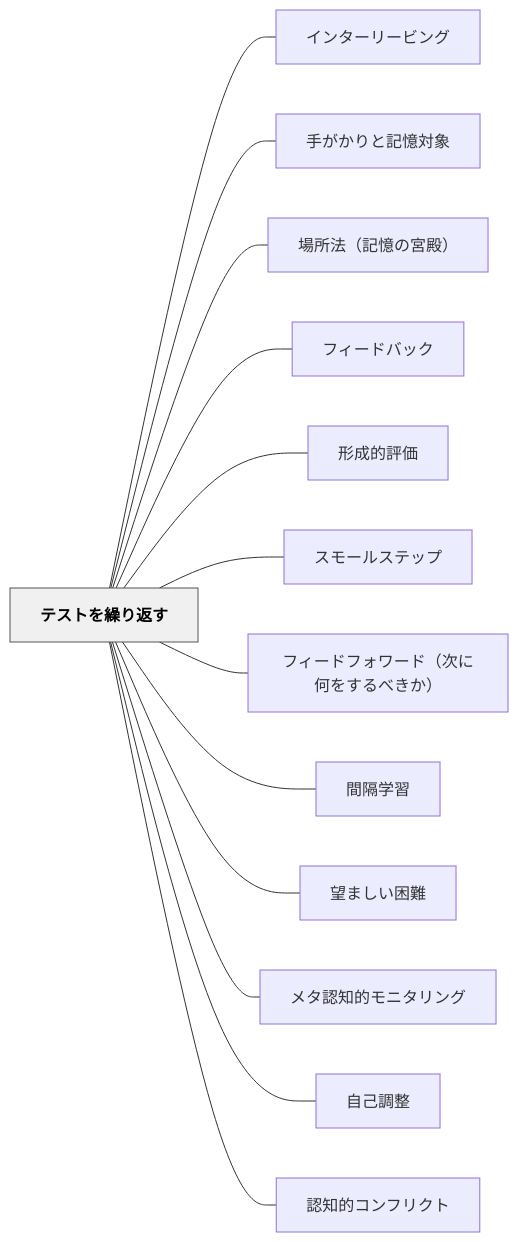
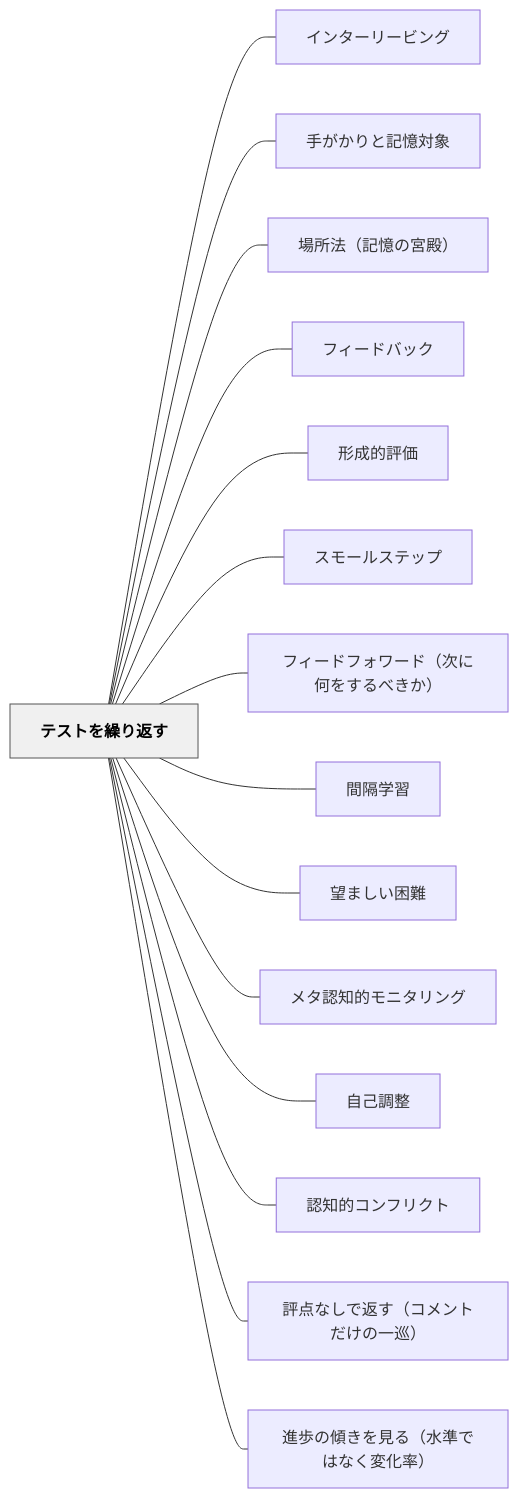
One commit to unknownthings-ed-patterns/unknownthings-ed-patterns changed the diagram in content/パタン/テストを繰り返す.md. Above: the diagram before and after it, drawn with Mermaid. The commit also changed other lines of this file and 2 other files, not shown here.

````diff
--- a/content/パタン/テストを繰り返す.md
+++ b/content/パタン/テストを繰り返す.md
@@ -90,32 +116,36 @@
 ```mermaid
 flowchart LR
     ne38386e382b9e38388e38292e7b9b0e3828ae8bf94e38199["テストを繰り返す"]
     ne382a4e383b3e382bfe383bce383aae383bce38393e383b3e382b0["インターリービング"]
     ne6898be3818ce3818be3828ae381a8e8a898e686b6e5afbee8b1a1["手がかりと記憶対象"]
     ne5a0b4e68980e6b395efbc88e8a898e686b6e381aee5aeaee6aebfefbc89["場所法（記憶の宮殿）"]
     ne38395e382a3e383bce38389e38390e38383e382af["フィードバック"]
     ne5bda2e68890e79a84e8a995e4bea1["形成的評価"]
     ne382b9e383a2e383bce383abe382b9e38386e38383e38397["スモールステップ"]
     ne38395e382a3e383bce38389e38395e382a9e383afe383bce38389efbc88e6aca1e381abe4bd95e38292e38199e3828be381b9e3818de3818befbc89["フィードフォワード（次に何をするべきか）"]
     ne99693e99a94e5ada6e7bf92["間隔学習"]
     ne69c9be381bee38197e38184e59bb0e99ba3["望ましい困難"]
     ne383a1e382bfe8aa8de79fa5e79a84e383a2e3838be382bfe383aae383b3e382b0["メタ認知的モニタリング"]
     ne887aae5b7b1e8aabfe695b4["自己調整"]
     ne8aa8de79fa5e79a84e382b3e383b3e38395e383aae382afe38388["認知的コンフリクト"]
+    ne8a995e782b9e381aae38197e381a7e8bf94e38199efbc88e382b3e383a1e383b3e38388e381a0e38191e381aee4b880e5b7a1efbc89["評点なしで返す（コメントだけの一巡）"]
+    ne980b2e6ada9e381aee582bee3818de38292e8a68be3828befbc88e6b0b4e6ba96e381a7e381afe381aae3818fe5a489e58c96e78e87efbc89["進歩の傾きを見る（水準ではなく変化率）"]
 
     ne38386e382b9e38388e38292e7b9b0e3828ae8bf94e38199 --- ne382a4e383b3e382bfe383bce383aae383bce38393e383b3e382b0
     ne38386e382b9e38388e38292e7b9b0e3828ae8bf94e38199 --- ne6898be3818ce3818be3828ae381a8e8a898e686b6e5afbee8b1a1
     ne38386e382b9e38388e38292e7b9b0e3828ae8bf94e38199 --- ne5a0b4e68980e6b395efbc88e8a898e686b6e381aee5aeaee6aebfefbc89
     ne38386e382b9e38388e38292e7b9b0e3828ae8bf94e38199 --- ne38395e382a3e383bce38389e38390e38383e382af
     ne38386e382b9e38388e38292e7b9b0e3828ae8bf94e38199 --- ne5bda2e68890e79a84e8a995e4bea1
     ne38386e382b9e38388e38292e7b9b0e3828ae8bf94e38199 --- ne382b9e383a2e383bce383abe382b9e38386e38383e38397
     ne38386e382b9e38388e38292e7b9b0e3828ae8bf94e38199 --- ne38395e382a3e383bce38389e38395e382a9e383afe383bce38389efbc88e6aca1e381abe4bd95e38292e38199e3828be381b9e3818de3818befbc89
     ne38386e382b9e38388e38292e7b9b0e3828ae8bf94e38199 --- ne99693e99a94e5ada6e7bf92
     ne38386e382b9e38388e38292e7b9b0e3828ae8bf94e38199 --- ne69c9be381bee38197e38184e59bb0e99ba3
     ne38386e382b9e38388e38292e7b9b0e3828ae8bf94e38199 --- ne383a1e382bfe8aa8de79fa5e79a84e383a2e3838be382bfe383aae383b3e382b0
     ne38386e382b9e38388e38292e7b9b0e3828ae8bf94e38199 --- ne887aae5b7b1e8aabfe695b4
     ne38386e382b9e38388e38292e7b9b0e3828ae8bf94e38199 --- ne8aa8de79fa5e79a84e382b3e383b3e38395e383aae382afe38388
+    ne38386e382b9e38388e38292e7b9b0e3828ae8bf94e38199 --- ne8a995e782b9e381aae38197e381a7e8bf94e38199efbc88e382b3e383a1e383b3e38388e381a0e38191e381aee4b880e5b7a1efbc89
+    ne38386e382b9e38388e38292e7b9b0e3828ae8bf94e38199 --- ne980b2e6ada9e381aee582bee3818de38292e8a68be3828befbc88e6b0b4e6ba96e381a7e381afe381aae3818fe5a489e58c96e78e87efbc89
 
     classDef hub fill:#f0f0f0,stroke:#555,color:#000,font-weight:bold
     class ne38386e382b9e38388e38292e7b9b0e3828ae8bf94e38199 hub
 ```
````
